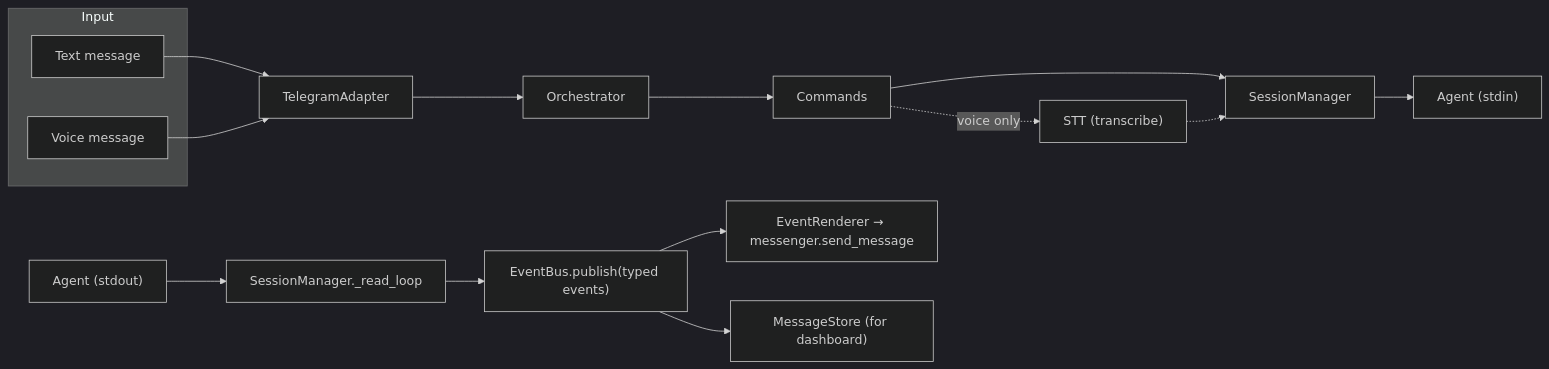
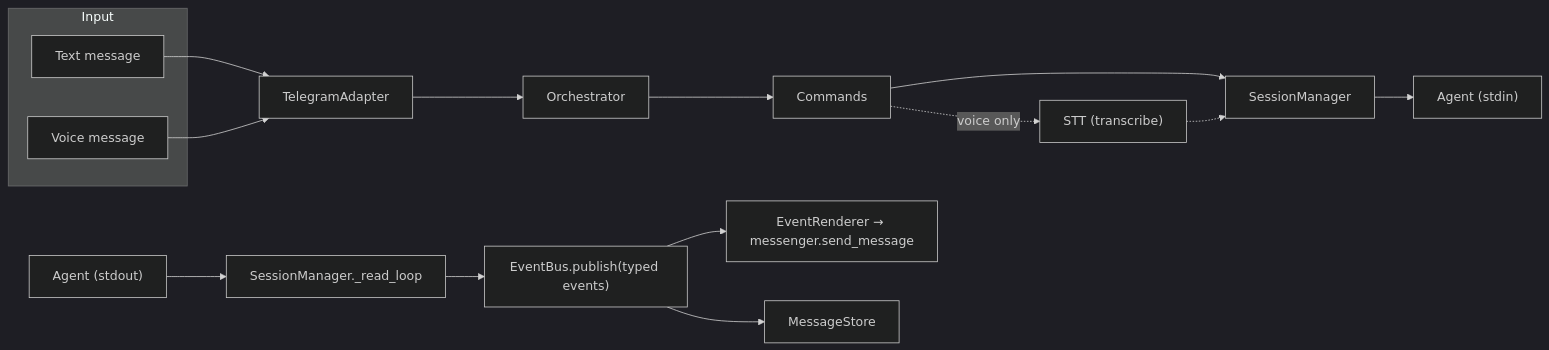
One commit to Donghh0221/afk changed the diagram in CLAUDE.md. Above: the diagram before and after it, drawn with Mermaid (dark theme). The commit also changed other lines of this file and 12 other files, not shown here.

First line of the commit message:
Remove dashboard, move web to adapters/web and MessageStore to storage

````diff
--- a/CLAUDE.md
+++ b/CLAUDE.md
@@ -34,18 +34,18 @@
 ```mermaid
 graph LR
     subgraph Input
         Text["Text message"]
         Voice["Voice message"]
     end
 
     Text --> TA["TelegramAdapter"]
     Voice --> TA
     TA --> Orch["Orchestrator"] --> Cmd["Commands"]
     Cmd --> SM["SessionManager"] --> Agent["Agent (stdin)"]
     Cmd -.->|voice only| STT["STT (transcribe)"] -.-> SM
 
     Agent2["Agent (stdout)"] --> RL["SessionManager._read_loop"]
     RL --> EB["EventBus.publish(typed events)"]
     EB --> ER["EventRenderer → messenger.send_message"]
-    EB --> MS["MessageStore (for dashboard)"]
+    EB --> MS["MessageStore"]
 ```
````
